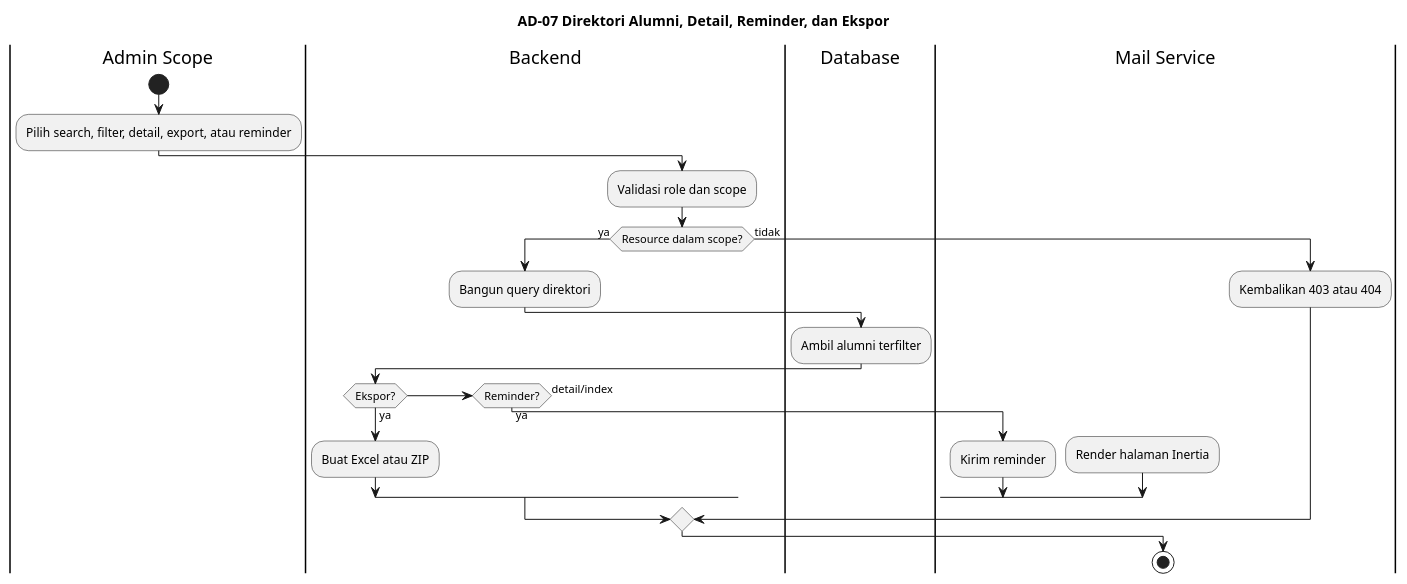
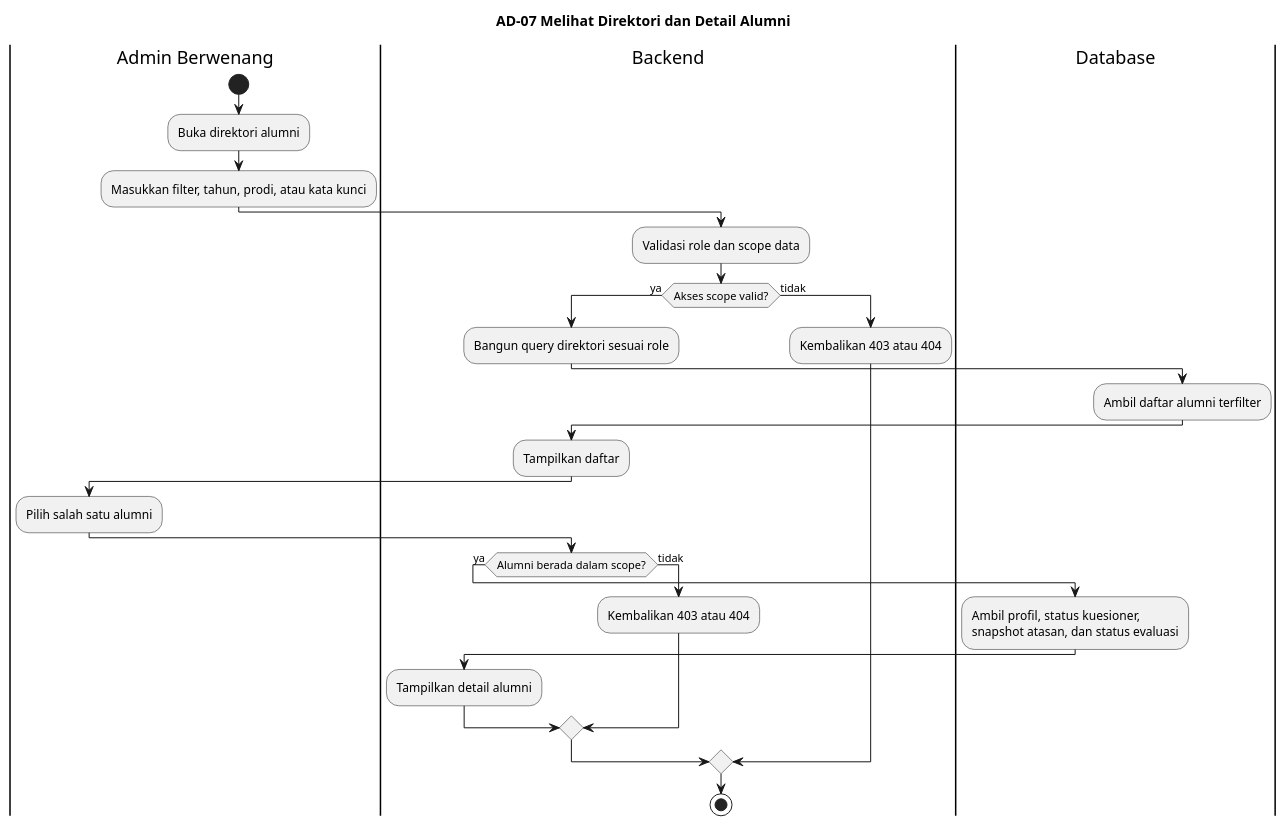
One commit to claraanjelitakd/tugas-akhir changed the diagram in docs/uml/activity-diagrams/AD-07-direktori-ekspor.puml. Above: the diagram before and after it, drawn with PlantUML. The commit also changed 19 other files, not shown here.

Commit message:
docs: revise UCD and activity diagrams

```diff
--- a/docs/uml/activity-diagrams/AD-07-direktori-ekspor.puml
+++ b/docs/uml/activity-diagrams/AD-07-direktori-ekspor.puml
@@ -1,25 +1,31 @@
 @startuml
-title AD-07 Direktori Alumni, Detail, Reminder, dan Ekspor
-|Admin Scope|
+title AD-07 Melihat Direktori dan Detail Alumni
+|Admin Berwenang|
 start
-:Pilih search, filter, detail, export, atau reminder;
+:Buka direktori alumni;
+:Masukkan filter, tahun, prodi, atau kata kunci;
 |Backend|
-:Validasi role dan scope;
-if (Resource dalam scope?) then (ya)
-  :Bangun query direktori;
+:Validasi role dan scope data;
+if (Akses scope valid?) then (ya)
+  :Bangun query direktori sesuai role;
   |Database|
-  :Ambil alumni terfilter;
+  :Ambil daftar alumni terfilter;
   |Backend|
-  if (Ekspor?) then (ya)
-    :Buat Excel atau ZIP;
-  elseif (Reminder?) then (ya)
-    |Mail Service|
-    :Kirim reminder;
-  else (detail/index)
-    :Render halaman Inertia;
+  :Tampilkan daftar;
+  |Admin Berwenang|
+  :Pilih salah satu alumni;
+  |Backend|
+  if (Alumni berada dalam scope?) then (ya)
+    |Database|
+    :Ambil profil, status kuesioner,
+    snapshot atasan, dan status evaluasi;
+    |Backend|
+    :Tampilkan detail alumni;
+  else (tidak)
+    :Kembalikan 403 atau 404;
   endif
 else (tidak)
   :Kembalikan 403 atau 404;
 endif
 stop
 @enduml
```
